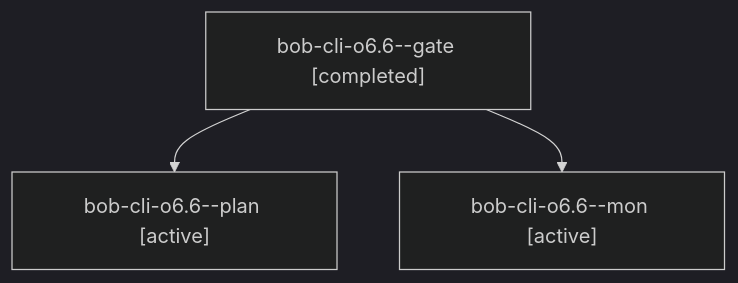
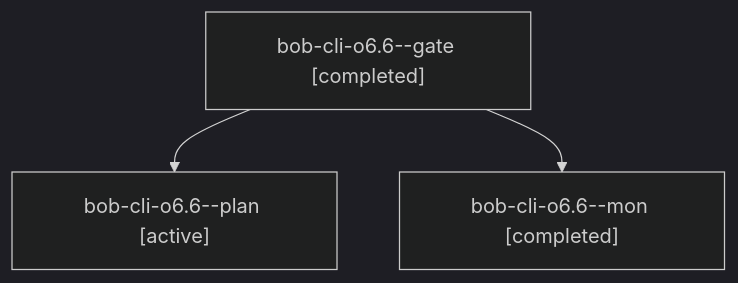
One commit to bobs-org/bob-cli--agents changed the diagram in sessions/bbugyi200.athena.bob-cli-o6.6.md. Above: the diagram before and after it, drawn with Mermaid (dark theme). The commit also changed other lines of this file and 169 other files, not shown here.

````diff
--- a/sessions/bbugyi200.athena.bob-cli-o6.6.md
+++ b/sessions/bbugyi200.athena.bob-cli-o6.6.md
@@ -9,8 +9,8 @@
 ```mermaid
 flowchart TD
   n0["bob-cli-o6.6--gate [completed]"]
   n1["bob-cli-o6.6--plan [active]"]
   n0 --> n1
-  n2["bob-cli-o6.6--mon [active]"]
+  n2["bob-cli-o6.6--mon [completed]"]
   n0 --> n2
 ```
````
